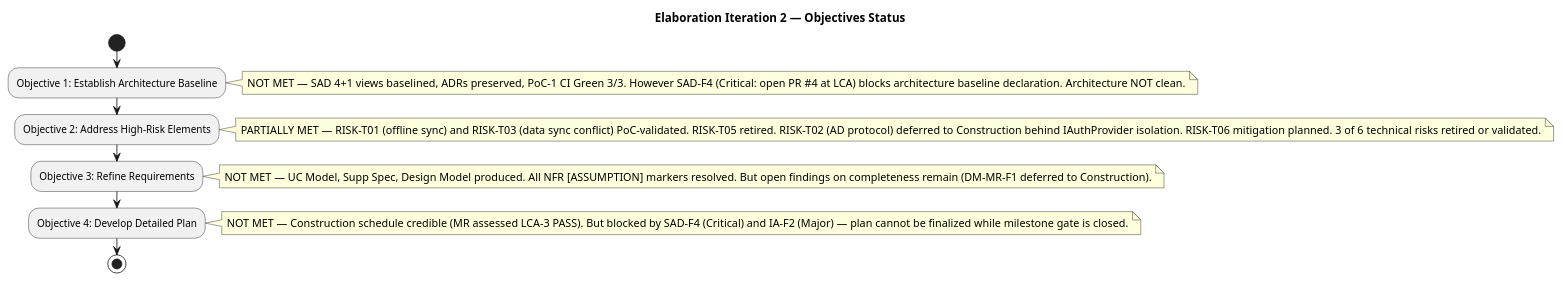
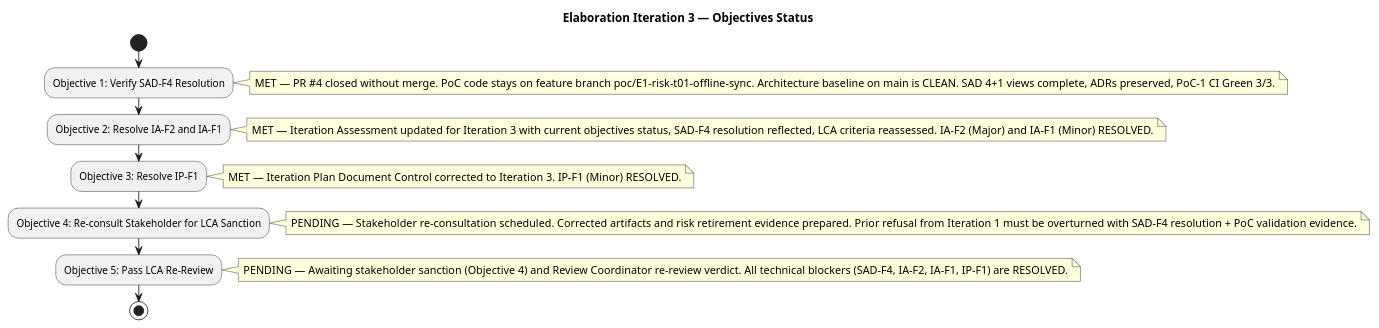
The first of 4 diagrams in docs/artifacts/project-management/iteration-assessment.md (banense-test/demo-janke-lab), drawn with PlantUML before and after one commit. The commit also changed other lines of this file, not shown here.

First line of the commit message:
Project Manager [E3]: upsert Iteration Assessment

````diff
--- a/docs/artifacts/project-management/iteration-assessment.md
+++ b/docs/artifacts/project-management/iteration-assessment.md
@@ -21,17 +21,18 @@
 ```plantuml
 @startuml
-title Elaboration Iteration 2 — Objectives Status
+title Elaboration Iteration 3 — Objectives Status
 
 start
-:Objective 1: Establish Architecture Baseline;
-note right: NOT MET — SAD 4+1 views baselined, ADRs preserved, PoC-1 CI Green 3/3. However SAD-F4 (Critical: open PR #4 at LCA) blocks architecture baseline declaration. Architecture NOT clean.
-:Objective 2: Address High-Risk Elements;
-note right: PARTIALLY MET — RISK-T01 (offline sync) and RISK-T03 (data sync conflict) PoC-validated. RISK-T05 retired. RISK-T02 (AD protocol) deferred to Construction behind IAuthProvider isolation. RISK-T06 mitigation planned. 3 of 6 technical risks retired or validated.
-:Objective 3: Refine Requirements;
-note right: NOT MET — UC Model, Supp Spec, Design Model produced. All NFR [ASSUMPTION] markers resolved. But open findings on completeness remain (DM-MR-F1 deferred to Construction).
-:Objective 4: Develop Detailed Plan;
-note right: NOT MET — Construction schedule credible (MR assessed LCA-3 PASS). But blocked by SAD-F4 (Critical) and IA-F2 (Major) — plan cannot be finalized while milestone gate is closed.
-
+:Objective 1: Verify SAD-F4 Resolution;
+note right: MET — PR #4 closed without merge. PoC code stays on feature branch poc/E1-risk-t01-offline-sync. Architecture baseline on main is CLEAN. SAD 4+1 views complete, ADRs preserved, PoC-1 CI Green 3/3.
+:Objective 2: Resolve IA-F2 and IA-F1;
+note right: MET — Iteration Assessment updated for Iteration 3 with current objectives status, SAD-F4 resolution reflected, LCA criteria reassessed. IA-F2 (Major) and IA-F1 (Minor) RESOLVED.
+:Objective 3: Resolve IP-F1;
+note right: MET — Iteration Plan Document Control corrected to Iteration 3. IP-F1 (Minor) RESOLVED.
+:Objective 4: Re-consult Stakeholder for LCA Sanction;
+note right: PENDING — Stakeholder re-consultation scheduled. Corrected artifacts and risk retirement evidence prepared. Prior refusal from Iteration 1 must be overturned with SAD-F4 resolution + PoC validation evidence.
+:Objective 5: Pass LCA Re-Review;
+note right: PENDING — Awaiting stakeholder sanction (Objective 4) and Review Coordinator re-review verdict. All technical blockers (SAD-F4, IA-F2, IA-F1, IP-F1) are RESOLVED.
 stop
 @enduml
 ```
````
